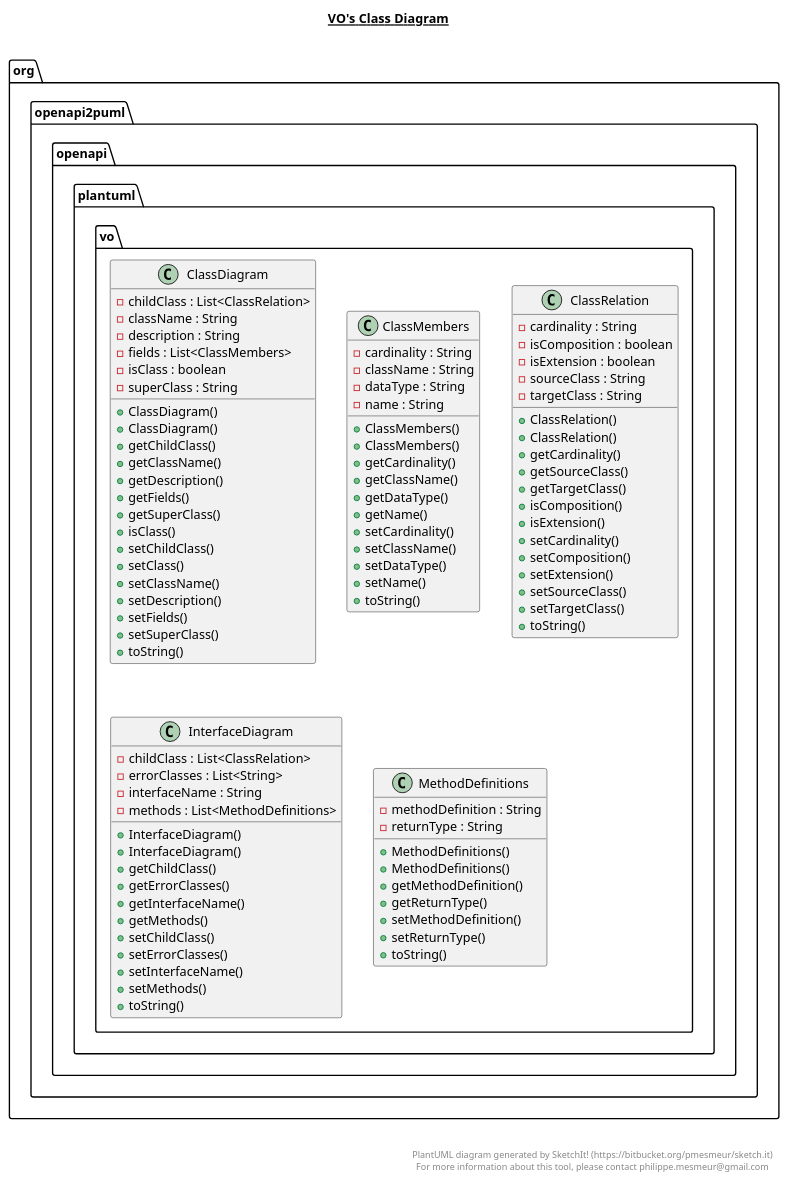
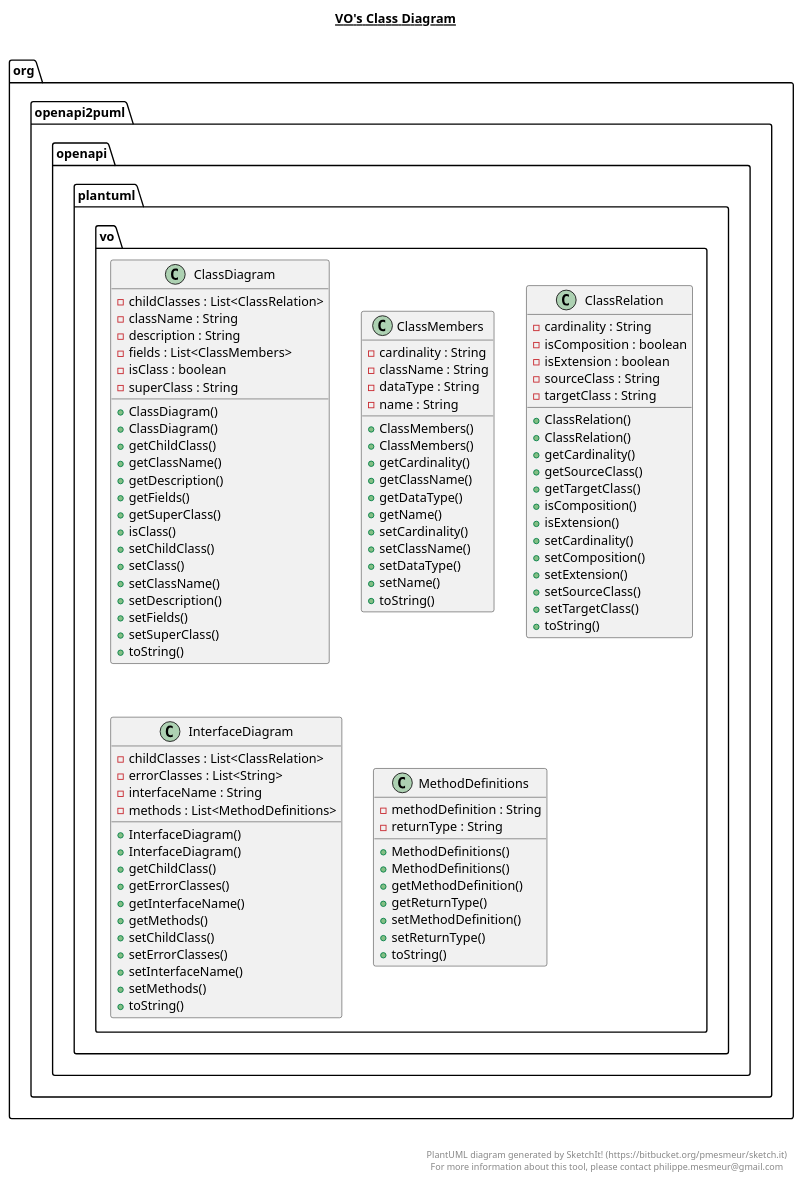
One commit to openapi2puml/openapi2puml changed the diagram in openapi2puml-core/src/main/java/org/openapi2puml/openapi/plantuml/vo/vo.plantuml. Above: the diagram before and after it, drawn with PlantUML. The commit also changed 11 other files, not shown here.

```diff
--- a/openapi2puml-core/src/main/java/org/openapi2puml/openapi/plantuml/vo/vo.plantuml
+++ b/openapi2puml-core/src/main/java/org/openapi2puml/openapi/plantuml/vo/vo.plantuml
@@ -1,152 +1,152 @@
 @startuml
 
 title __VO's Class Diagram__\n
 
   namespace org.openapi2puml {
     namespace openapi {
       namespace plantuml {
         namespace vo {
           class org.openapi2puml.openapi.plantuml.vo.ClassDiagram {
-              - childClass : List<ClassRelation>
+              - childClasses : List<ClassRelation>
               - className : String
               - description : String
               - fields : List<ClassMembers>
               - isClass : boolean
               - superClass : String
               + ClassDiagram()
               + ClassDiagram()
               + getChildClass()
               + getClassName()
               + getDescription()
               + getFields()
               + getSuperClass()
               + isClass()
               + setChildClass()
               + setClass()
               + setClassName()
               + setDescription()
               + setFields()
               + setSuperClass()
               + toString()
           }
         }
       }
     }
   }
   
 
   namespace org.openapi2puml {
     namespace openapi {
       namespace plantuml {
         namespace vo {
           class org.openapi2puml.openapi.plantuml.vo.ClassMembers {
               - cardinality : String
               - className : String
               - dataType : String
               - name : String
               + ClassMembers()
               + ClassMembers()
               + getCardinality()
               + getClassName()
               + getDataType()
               + getName()
               + setCardinality()
               + setClassName()
               + setDataType()
               + setName()
               + toString()
           }
         }
       }
     }
   }
   
 
   namespace org.openapi2puml {
     namespace openapi {
       namespace plantuml {
         namespace vo {
           class org.openapi2puml.openapi.plantuml.vo.ClassRelation {
               - cardinality : String
               - isComposition : boolean
               - isExtension : boolean
               - sourceClass : String
               - targetClass : String
               + ClassRelation()
               + ClassRelation()
               + getCardinality()
               + getSourceClass()
               + getTargetClass()
               + isComposition()
               + isExtension()
               + setCardinality()
               + setComposition()
               + setExtension()
               + setSourceClass()
               + setTargetClass()
               + toString()
           }
         }
       }
     }
   }
   
 
   namespace org.openapi2puml {
     namespace openapi {
       namespace plantuml {
         namespace vo {
           class org.openapi2puml.openapi.plantuml.vo.InterfaceDiagram {
-              - childClass : List<ClassRelation>
+              - childClasses : List<ClassRelation>
               - errorClasses : List<String>
               - interfaceName : String
               - methods : List<MethodDefinitions>
               + InterfaceDiagram()
               + InterfaceDiagram()
               + getChildClass()
               + getErrorClasses()
               + getInterfaceName()
               + getMethods()
               + setChildClass()
               + setErrorClasses()
               + setInterfaceName()
               + setMethods()
               + toString()
           }
         }
       }
     }
   }
   
 
   namespace org.openapi2puml {
     namespace openapi {
       namespace plantuml {
         namespace vo {
           class org.openapi2puml.openapi.plantuml.vo.MethodDefinitions {
               - methodDefinition : String
               - returnType : String
               + MethodDefinitions()
               + MethodDefinitions()
               + getMethodDefinition()
               + getReturnType()
               + setMethodDefinition()
               + setReturnType()
               + toString()
           }
         }
       }
     }
   }
   
 
 
 
 right footer
 
 
 PlantUML diagram generated by SketchIt! (https://bitbucket.org/pmesmeur/sketch.it)
 For more information about this tool, please contact philippe.mesmeur@gmail.com
 endfooter
 
 @enduml
```
